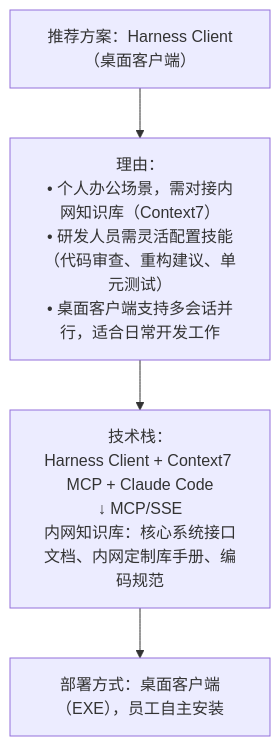
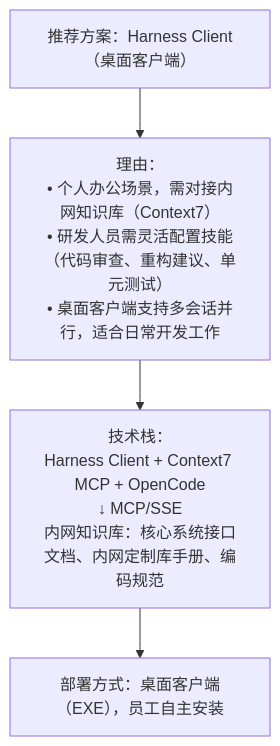
Before and after one commit to wonglaitung/splan: the sixth of 15 diagrams in 2. 银行大模型技术架构总览.md, drawn with Mermaid. The commit also changed other lines of this file and 12 other files, not shown here.

First line of the commit message:
chore: 项目迁移至 OpenCode，移除 Claude 内容

````diff
--- a/2. 银行大模型技术架构总览.md
+++ b/2. 银行大模型技术架构总览.md
@@ -373,8 +373,8 @@
 ```mermaid
 flowchart TB
     A["推荐方案：Harness Client（桌面客户端）"]
     B["理由：<br/>• 个人办公场景，需对接内网知识库（Context7）<br/>• 研发人员需灵活配置技能（代码审查、重构建议、单元测试）<br/>• 桌面客户端支持多会话并行，适合日常开发工作"]
-    C["技术栈：<br/>Harness Client + Context7 MCP + Claude Code<br/>↓ MCP/SSE<br/>内网知识库：核心系统接口文档、内网定制库手册、编码规范"]
+    C["技术栈：<br/>Harness Client + Context7 MCP + OpenCode<br/>↓ MCP/SSE<br/>内网知识库：核心系统接口文档、内网定制库手册、编码规范"]
     D["部署方式：桌面客户端（EXE），员工自主安装"]
     A --> B --> C --> D
 ```
````
